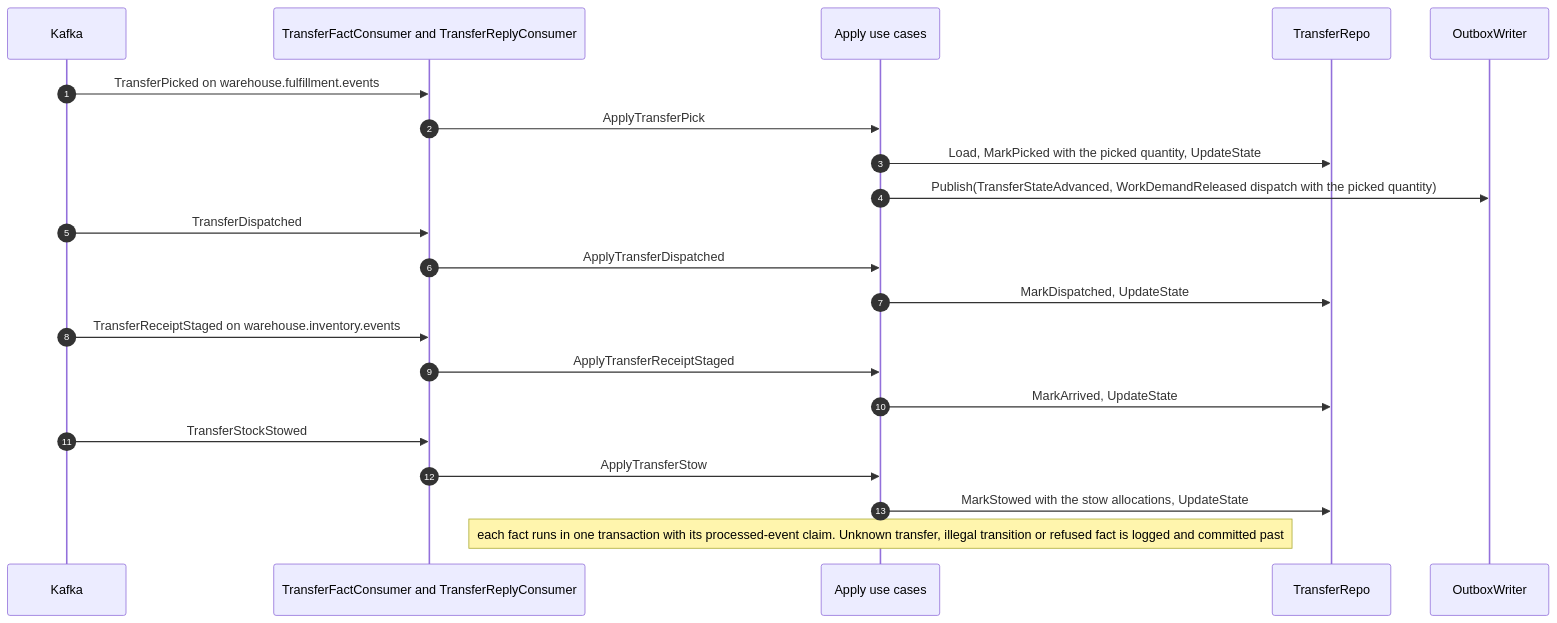
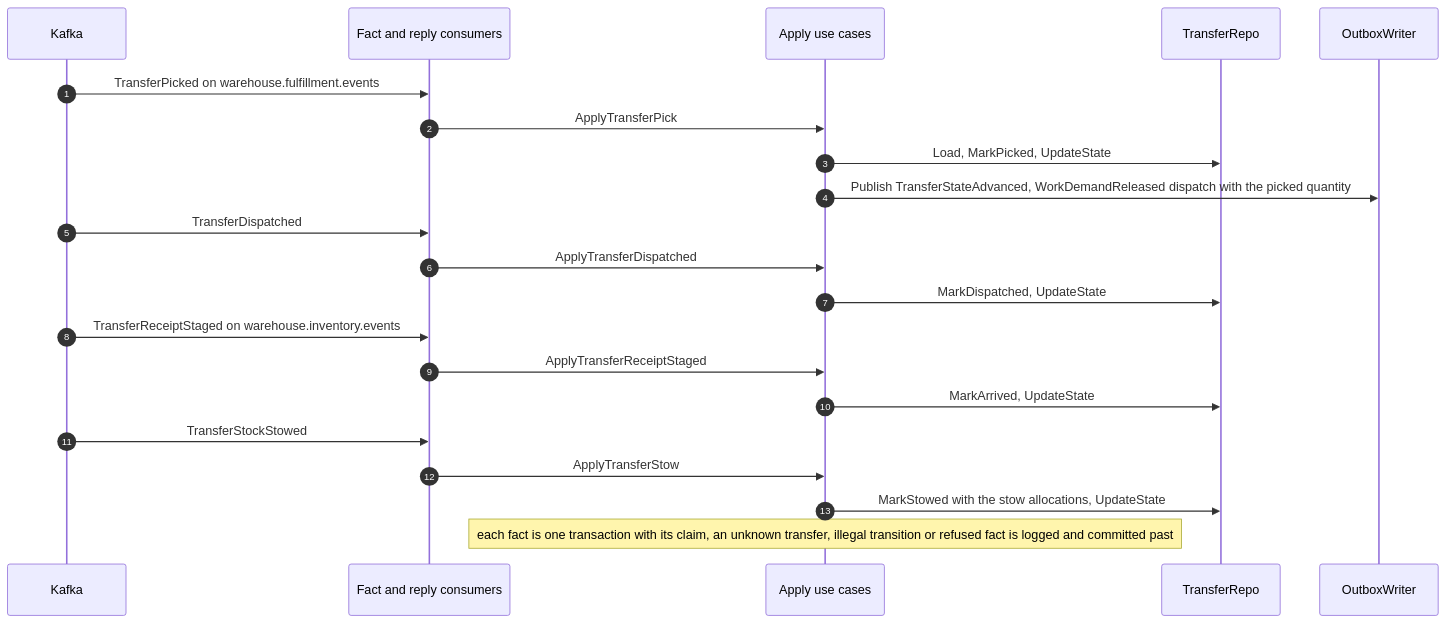
One commit to IQVO/warehouse-docs changed the sixth of 8 diagrams in docs/contexts/network-inventory-planning/sequence-diagrams.md. Above: the diagram before and after it, drawn with Mermaid. The commit also changed other lines of this file and 115 other files, not shown here.

````diff
--- a/docs/contexts/network-inventory-planning/sequence-diagrams.md
+++ b/docs/contexts/network-inventory-planning/sequence-diagrams.md
@@ -164,23 +156,23 @@
 ```mermaid
 sequenceDiagram
   autonumber
   participant K as Kafka
-  participant C as TransferFactConsumer and TransferReplyConsumer
+  participant C as Fact and reply consumers
   participant A as Apply use cases
   participant T as TransferRepo
   participant O as OutboxWriter
   K->>C: TransferPicked on warehouse.fulfillment.events
   C->>A: ApplyTransferPick
-  A->>T: Load, MarkPicked with the picked quantity, UpdateState
-  A->>O: Publish(TransferStateAdvanced, WorkDemandReleased dispatch with the picked quantity)
+  A->>T: Load, MarkPicked, UpdateState
+  A->>O: Publish TransferStateAdvanced, WorkDemandReleased dispatch with the picked quantity
   K->>C: TransferDispatched
   C->>A: ApplyTransferDispatched
   A->>T: MarkDispatched, UpdateState
   K->>C: TransferReceiptStaged on warehouse.inventory.events
   C->>A: ApplyTransferReceiptStaged
   A->>T: MarkArrived, UpdateState
   K->>C: TransferStockStowed
   C->>A: ApplyTransferStow
   A->>T: MarkStowed with the stow allocations, UpdateState
-  Note over A: each fact runs in one transaction with its processed-event claim. Unknown transfer, illegal transition or refused fact is logged and committed past
+  Note over A: each fact is one transaction with its claim, an unknown transfer, illegal transition or refused fact is logged and committed past
 ```
````
